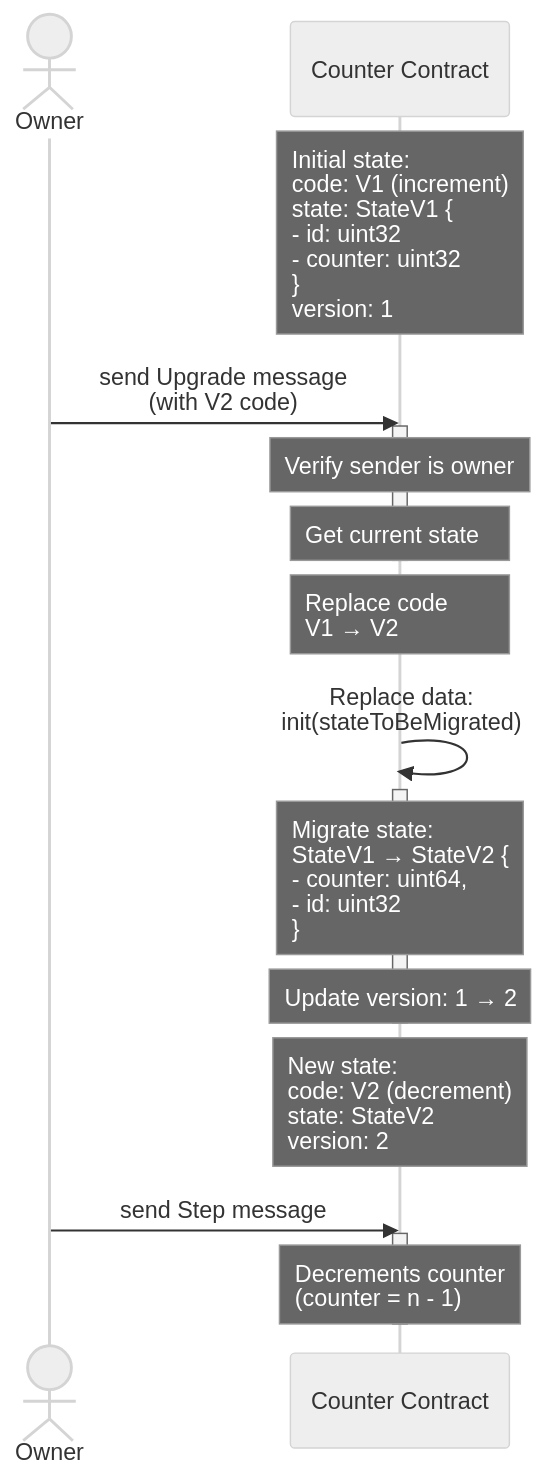
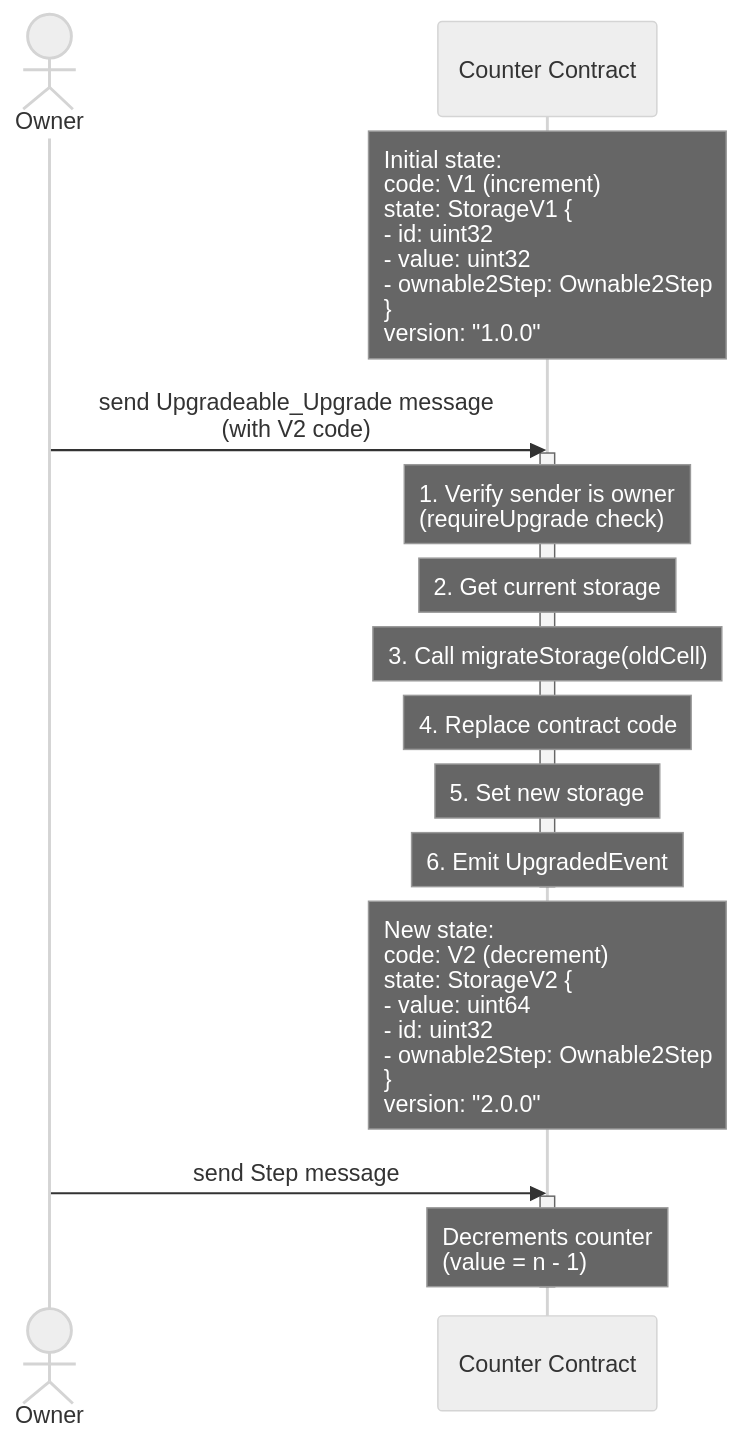
Before and after one commit to smartcontractkit/chainlink-ton: the diagram in docs/contracts/overview/libraries/upgradeable.md, drawn with Mermaid (neutral theme). The commit also changed other lines of this file and 1 other file, not shown here.

````diff
--- a/docs/contracts/overview/libraries/upgradeable.md
+++ b/docs/contracts/overview/libraries/upgradeable.md
@@ -118,31 +178,29 @@
 ```mermaid
 ---
 config:
   "sequence":
     "noteAlign": "left"
 ---
 sequenceDiagram
     actor Owner
     participant Counter as Counter Contract
     
-    Note over Counter: Initial state:<br/>code: V1 (increment)<br/>state: StateV1 {<br/>- id: uint32<br/>- counter: uint32<br/>}<br/>version: 1
+    Note over Counter: Initial state:<br/>code: V1 (increment)<br/>state: StorageV1 {<br/>- id: uint32<br/>- value: uint32<br/>- ownable2Step: Ownable2Step<br/>}<br/>version: "1.0.0"
 
-    Owner->>Counter: send Upgrade message<br/>(with V2 code)
+    Owner->>Counter: send Upgradeable_Upgrade message<br/>(with V2 code)
     activate Counter
-    Note over Counter: Verify sender is owner
-    Note over Counter: Get current state
-    deactivate Counter
-    Note over Counter: Replace code<br/>V1 → V2
-    Counter->>Counter: Replace data: <br/>init(stateToBeMigrated)
-    activate Counter
-    Note over Counter: Migrate state:<br/>StateV1 → StateV2 {<br/>- counter: uint64,<br/>- id: uint32<br/>}
-    Note over Counter: Update version: 1 → 2
+    Note over Counter: 1. Verify sender is owner<br/>(requireUpgrade check)
+    Note over Counter: 2. Get current storage
+    Note over Counter: 3. Call migrateStorage(oldCell)
+    Note over Counter: 4. Replace contract code
+    Note over Counter: 5. Set new storage
+    Note over Counter: 6. Emit UpgradedEvent
     deactivate Counter
 
-    Note over Counter: New state:<br/>code: V2 (decrement)<br/>state: StateV2<br/>version: 2
+    Note over Counter: New state:<br/>code: V2 (decrement)<br/>state: StorageV2 {<br/>- value: uint64<br/>- id: uint32<br/>- ownable2Step: Ownable2Step<br/>}<br/>version: "2.0.0"
 
     Owner->>Counter: send Step message
     activate Counter
-    Note over Counter: Decrements counter<br/>(counter = n - 1)
+    Note over Counter: Decrements counter<br/>(value = n - 1)
     deactivate Counter
 ```
````
